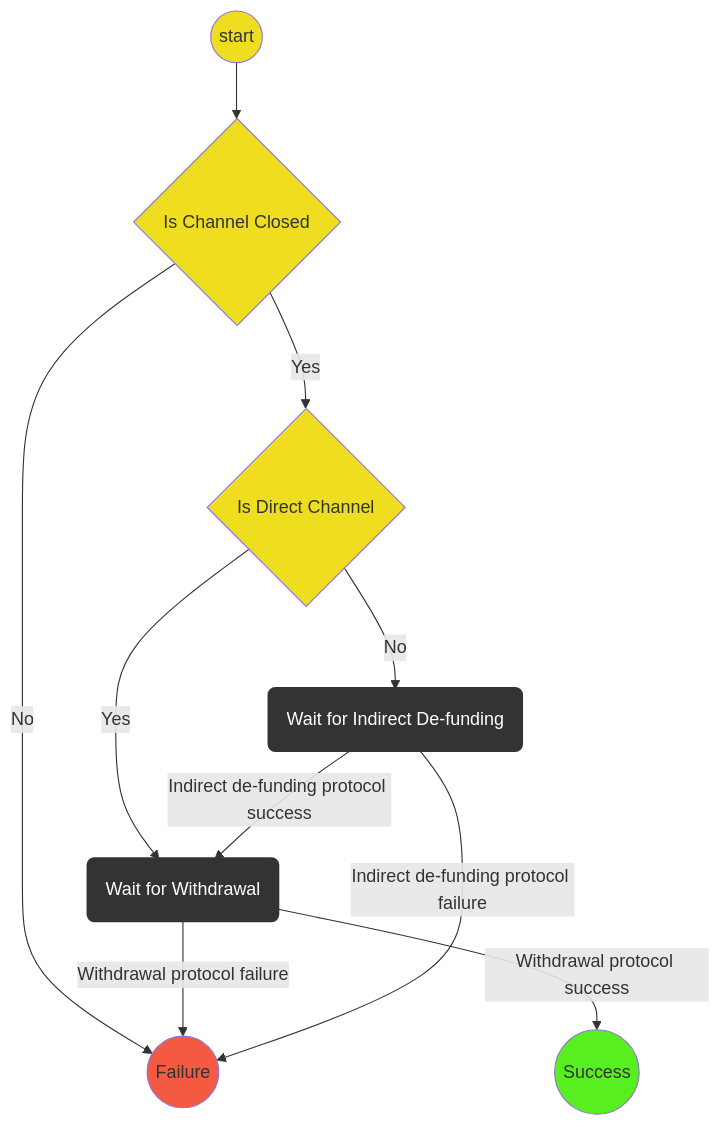
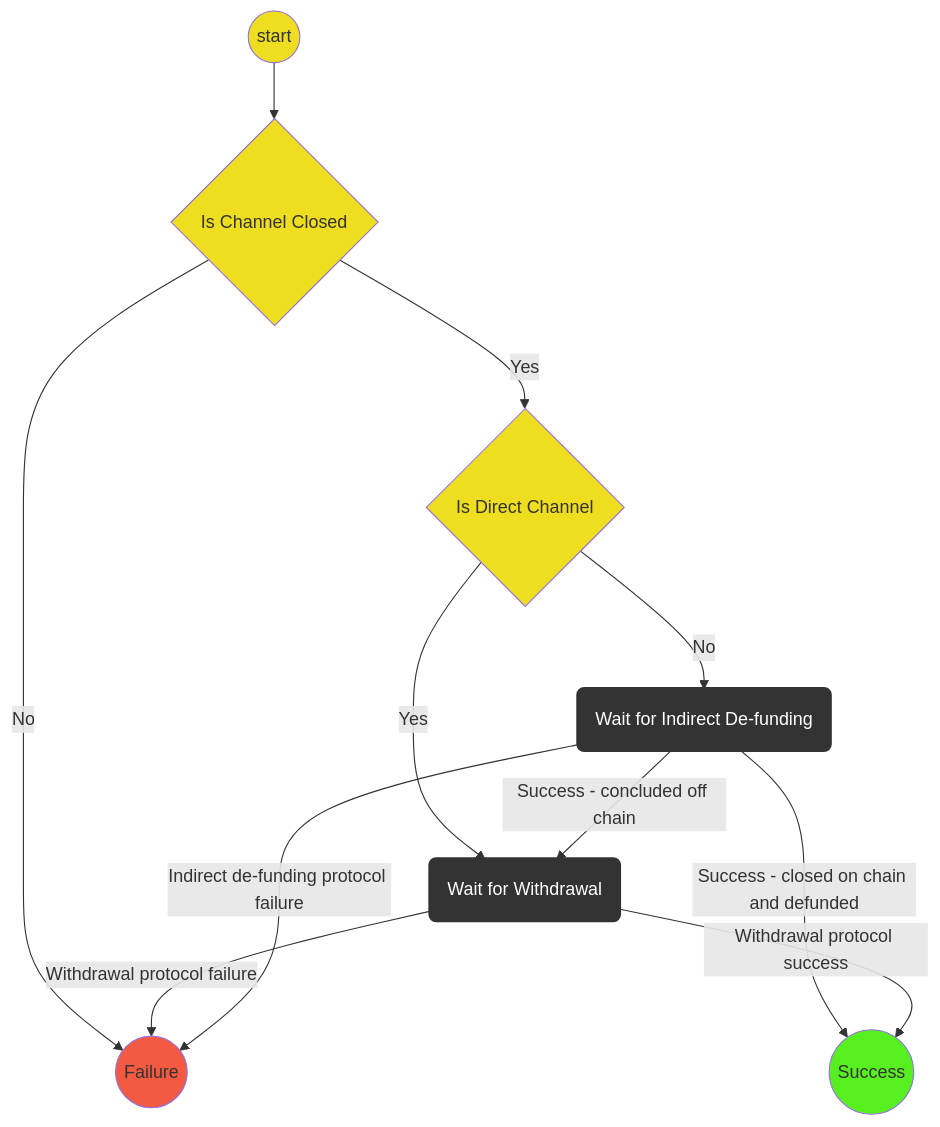
Before and after one commit to magmo/apps: the diagram in packages/wallet/src/redux/protocols/defunding/readme.md, drawn with Mermaid. The commit also changed 1 other file, not shown here.

Commit message:
Use dispute protocol
- Also modify parent protocol to bypass withdrawal if a challenge
expired, since in that case withdrawal will have already been called,

- Use two success states to handle this

````diff
--- a/packages/wallet/src/redux/protocols/defunding/readme.md
+++ b/packages/wallet/src/redux/protocols/defunding/readme.md
@@ -13,22 +13,23 @@
 ```mermaid
 graph TD
 linkStyle default interpolate basis
   S((start))-->ICC{Is Channel Closed}
   ICC-->|No|F((failure))
   ICC-->|Yes|ID{Is Direct Channel}
   ID-->|Yes|WP(Wait for Withdrawal)
   ID -->|No|LDP(Wait for Indirect De-funding)
-  LDP-->|Indirect de-funding protocol success|WP(Wait for Withdrawal)
+  LDP-->|Success - concluded off chain|WP(Wait for Withdrawal)
+  LDP-->|Success - closed on chain and defunded|Su
   WP-->|Withdrawal protocol success|Su((Success))
   WP-->|Withdrawal protocol failure|F((Failure))
   LDP-->|Indirect de-funding protocol failure|F
 
   classDef logic fill:#efdd20;
   classDef Success fill:#58ef21;
   classDef Failure fill:#f45941;
   classDef WaitForChildProtocol stroke:#333,stroke-width:4px,color:#ffff,fill:#333;
   class S,ICC,ID logic;
   class Su Success;
   class F Failure;
   class WP,LDP WaitForChildProtocol;
 ```
````
